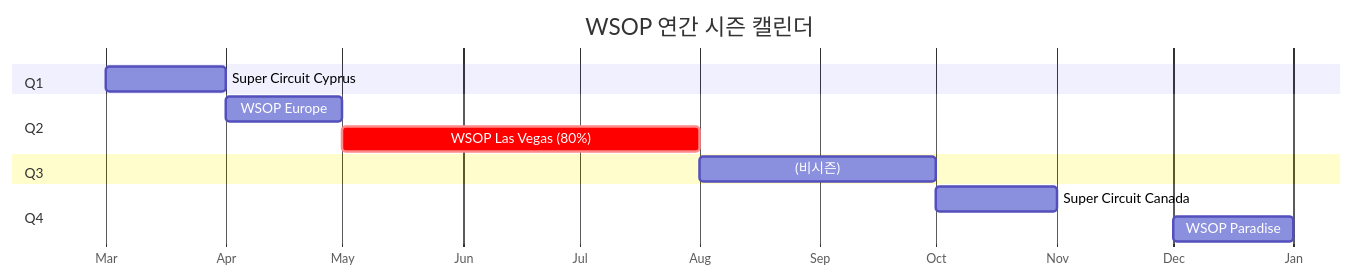
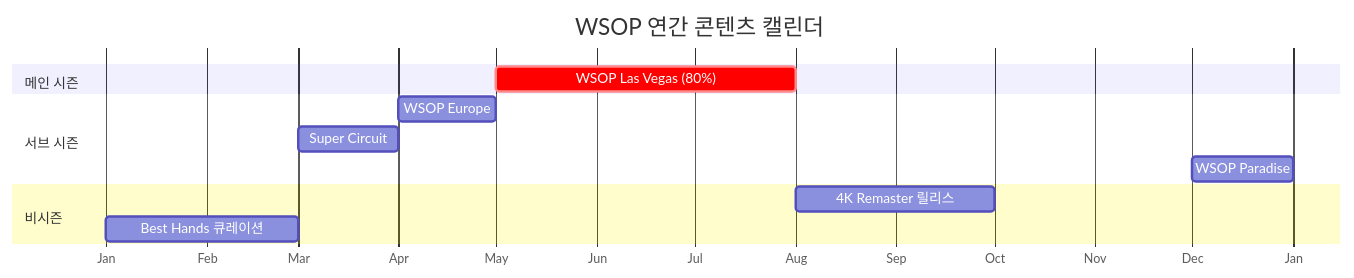
Before and after one commit to garimto81/wsoptv_v2: the sixth of 9 diagrams in tasks/prds/0010-prd-wsoptv/03-content-strategy.md, drawn with Mermaid. The commit also changed other lines of this file and 27 other files, not shown here.

````diff
--- a/tasks/prds/0010-prd-wsoptv/03-content-strategy.md
+++ b/tasks/prds/0010-prd-wsoptv/03-content-strategy.md
@@ -315,20 +206,18 @@
 ```mermaid
 gantt
-    title WSOP 연간 시즌 캘린더
+    title WSOP 연간 콘텐츠 캘린더
     dateFormat  YYYY-MM
     axisFormat %b
 
-    section Q1
-    Super Circuit Cyprus    :2025-03, 1M
-
-    section Q2
-    WSOP Europe            :2025-04, 1M
+    section 메인 시즌
     WSOP Las Vegas (80%)   :crit, 2025-05, 3M
 
-    section Q3
-    (비시즌)               :2025-08, 2M
+    section 서브 시즌
+    WSOP Europe            :2025-04, 1M
+    Super Circuit          :2025-03, 1M
+    WSOP Paradise          :2025-12, 1M
 
-    section Q4
-    Super Circuit Canada   :2025-10, 1M
-    WSOP Paradise          :2025-12, 1M
+    section 비시즌
+    4K Remaster 릴리스     :2025-08, 2M
+    Best Hands 큐레이션    :2025-01, 2M
 ```
````
